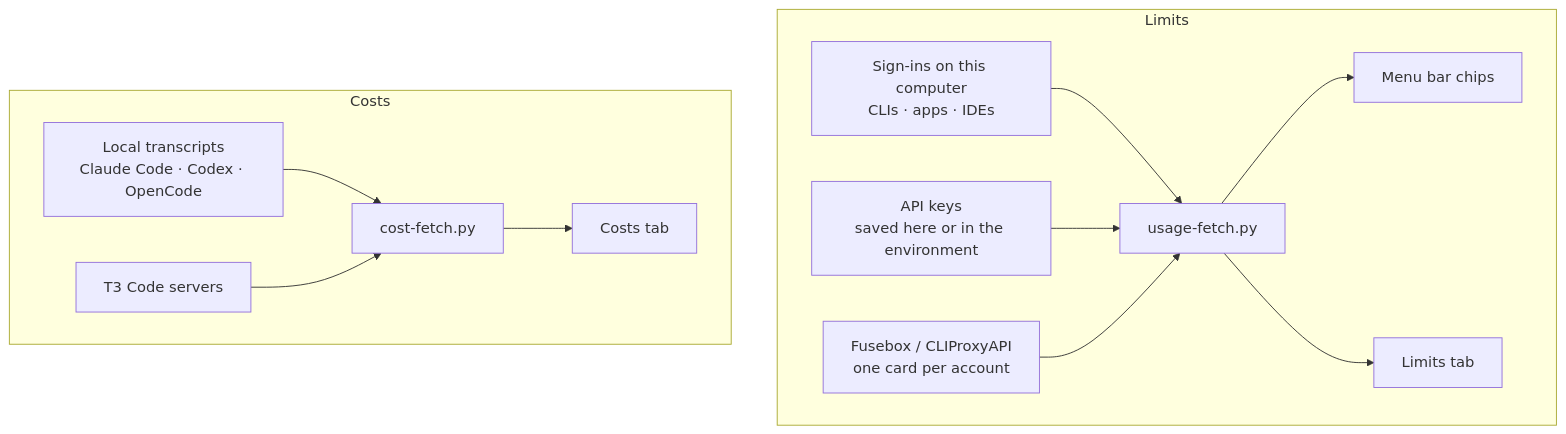
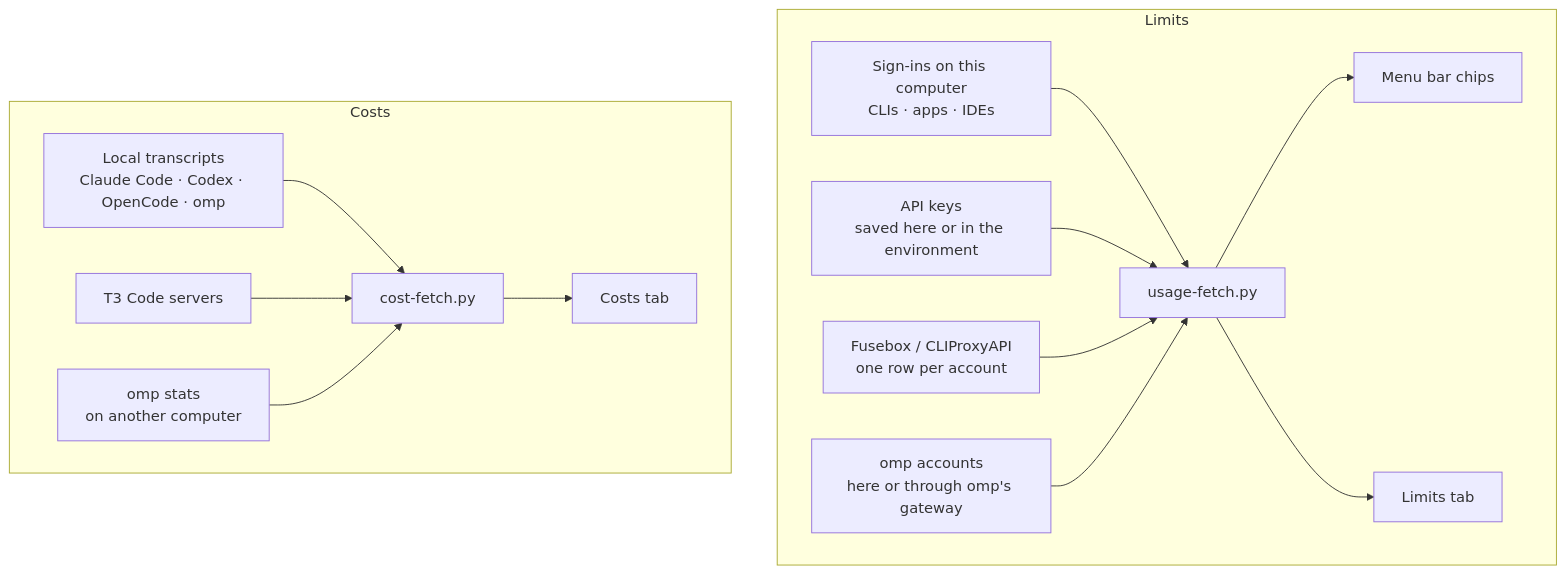
One commit to JanitorHead/omarchy-quotatank changed the diagram in README.md. Above: the diagram before and after it, drawn with Mermaid. The commit also changed other lines of this file and 14 other files, not shown here.

````diff
--- a/README.md
+++ b/README.md
@@ -191,15 +208,17 @@
 ```mermaid
 flowchart TB
   subgraph Limits
     cli["Sign-ins on this computer<br/>CLIs · apps · IDEs"] --> uf["usage-fetch.py"]
     keys["API keys<br/>saved here or in the environment"] --> uf
-    proxy["Fusebox / CLIProxyAPI<br/>one card per account"] --> uf
+    proxy["Fusebox / CLIProxyAPI<br/>one row per account"] --> uf
+    ompl["omp accounts<br/>here or through omp's gateway"] --> uf
     uf --> chips["Menu bar chips"]
     uf --> panel["Limits tab"]
   end
   subgraph Costs
-    logs["Local transcripts<br/>Claude Code · Codex · OpenCode"] --> cf["cost-fetch.py"]
+    logs["Local transcripts<br/>Claude Code · Codex · OpenCode · omp"] --> cf["cost-fetch.py"]
     t3["T3 Code servers"] --> cf
+    omps["omp stats<br/>on another computer"] --> cf
     cf --> costs["Costs tab"]
   end
 ```
````
